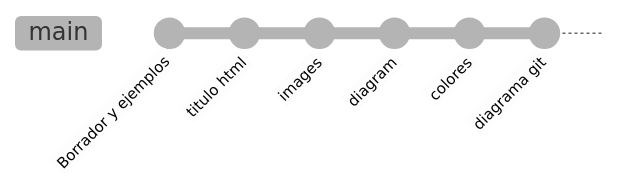
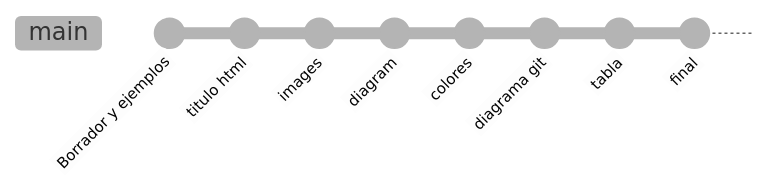
One commit to MartaGDC/UD6_DesarrolloInterfaces changed the second of 8 diagrams in README.md. Above: the diagram before and after it, drawn with Mermaid (neutral theme). The commit also changed other lines of this file, not shown here.

````diff
--- a/README.md
+++ b/README.md
@@ -368,9 +118,11 @@
 ```mermaid
 gitGraph
     commit id: "Borrador y ejemplos"
     commit id: "titulo html"
     commit id: "images"
     commit id: "diagram"
     commit id: "colores"
     commit id: "diagrama git"
+    commit id: "tabla"
+    commit id: "final"
 ```
````
